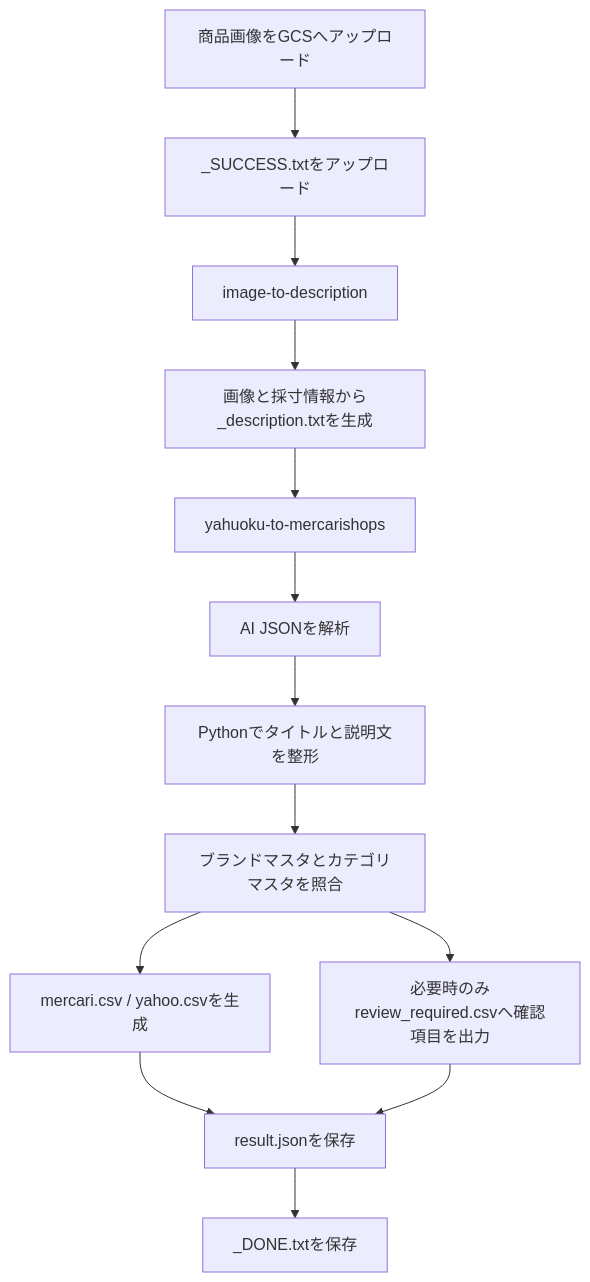
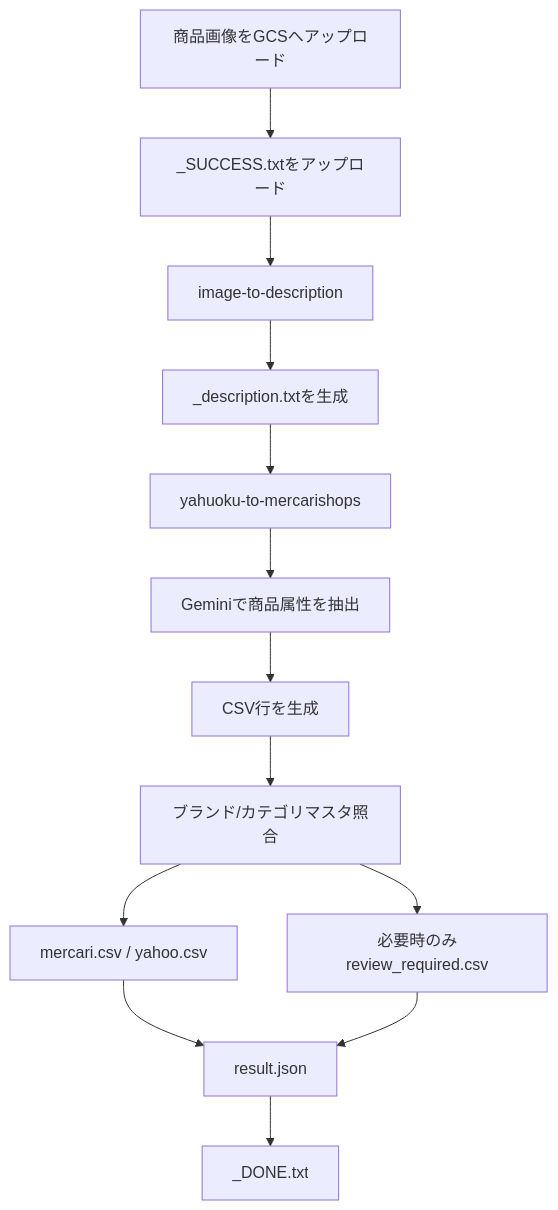
One commit to HIRABAweb/mercari-shops-auto-description changed the diagram in README.md. Above: the diagram before and after it, drawn with Mermaid. The commit also changed other lines of this file and 2 other files, not shown here.

````diff
--- a/README.md
+++ b/README.md
@@ -30,15 +85,15 @@
 ```mermaid
 flowchart TD
     A[商品画像をGCSへアップロード] --> B[_SUCCESS.txtをアップロード]
     B --> C[image-to-description]
-    C --> D[画像と採寸情報から_description.txtを生成]
+    C --> D[_description.txtを生成]
     D --> E[yahuoku-to-mercarishops]
-    E --> F[AI JSONを解析]
-    F --> G[Pythonでタイトルと説明文を整形]
-    G --> H[ブランドマスタとカテゴリマスタを照合]
-    H --> I[mercari.csv / yahoo.csvを生成]
-    H --> J[必要時のみreview_required.csvへ確認項目を出力]
-    I --> K[result.jsonを保存]
+    E --> F[Geminiで商品属性を抽出]
+    F --> G[CSV行を生成]
+    G --> H[ブランド/カテゴリマスタ照合]
+    H --> I[mercari.csv / yahoo.csv]
+    H --> J[必要時のみreview_required.csv]
+    I --> K[result.json]
     J --> K
-    K --> L[_DONE.txtを保存]
+    K --> L[_DONE.txt]
 ```
````
